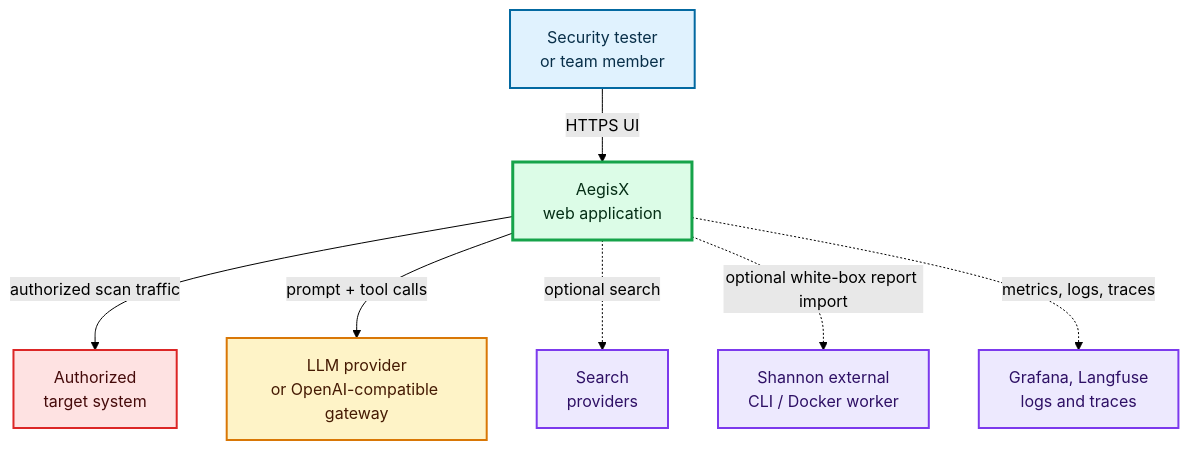
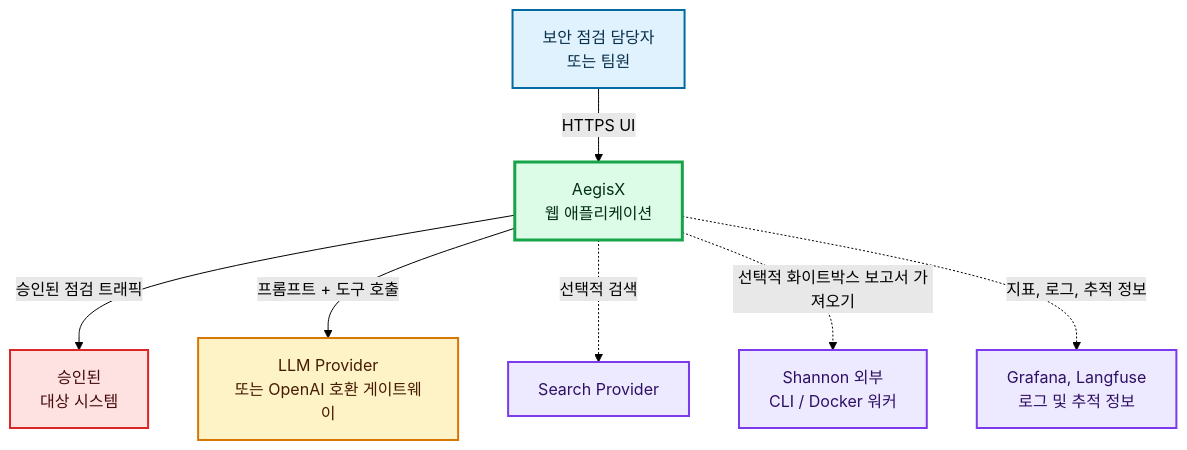
Before and after one commit to 2026OpenSourceSW/AegisX: the first of 2 diagrams in README.md, drawn with Mermaid (forest theme). The commit also changed other lines of this file and 2 other files, not shown here.

Commit message:
docs: localize README architecture

````diff
--- a/README.md
+++ b/README.md
@@ -97,29 +103,29 @@
 ```mermaid
 flowchart TB
     classDef userNode fill:#e0f2fe,stroke:#0369a1,stroke-width:2px,color:#082f49
     classDef appNode fill:#dcfce7,stroke:#16a34a,stroke-width:3px,color:#052e16
     classDef targetNode fill:#fee2e2,stroke:#dc2626,stroke-width:2px,color:#450a0a
     classDef provider fill:#fef3c7,stroke:#d97706,stroke-width:2px,color:#451a03
     classDef optional fill:#ede9fe,stroke:#7c3aed,stroke-width:2px,color:#2e1065
 
-    user["Security tester<br/>or team member"]
-    app["AegisX<br/>web application"]
-    target["Authorized<br/>target system"]
-    llm["LLM provider<br/>or OpenAI-compatible gateway"]
-    search["Search<br/>providers"]
-    shannon["Shannon external<br/>CLI / Docker worker"]
-    observability["Grafana, Langfuse<br/>logs and traces"]
+    user["보안 점검 담당자<br/>또는 팀원"]
+    app["AegisX<br/>웹 애플리케이션"]
+    target["승인된<br/>대상 시스템"]
+    llm["LLM Provider<br/>또는 OpenAI 호환 게이트웨이"]
+    search["Search Provider"]
+    shannon["Shannon 외부<br/>CLI / Docker 워커"]
+    observability["Grafana, Langfuse<br/>로그 및 추적 정보"]
 
     user -->|"HTTPS UI"| app
-    app -->|"authorized scan traffic"| target
-    app -->|"prompt + tool calls"| llm
-    app -.->|"optional search"| search
-    app -.->|"optional white-box report import"| shannon
-    app -.->|"metrics, logs, traces"| observability
+    app -->|"승인된 점검 트래픽"| target
+    app -->|"프롬프트 + 도구 호출"| llm
+    app -.->|"선택적 검색"| search
+    app -.->|"선택적 화이트박스 보고서 가져오기"| shannon
+    app -.->|"지표, 로그, 추적 정보"| observability
 
     class user userNode
     class app appNode
     class target targetNode
     class llm provider
     class search,shannon,observability optional
 ```
````
